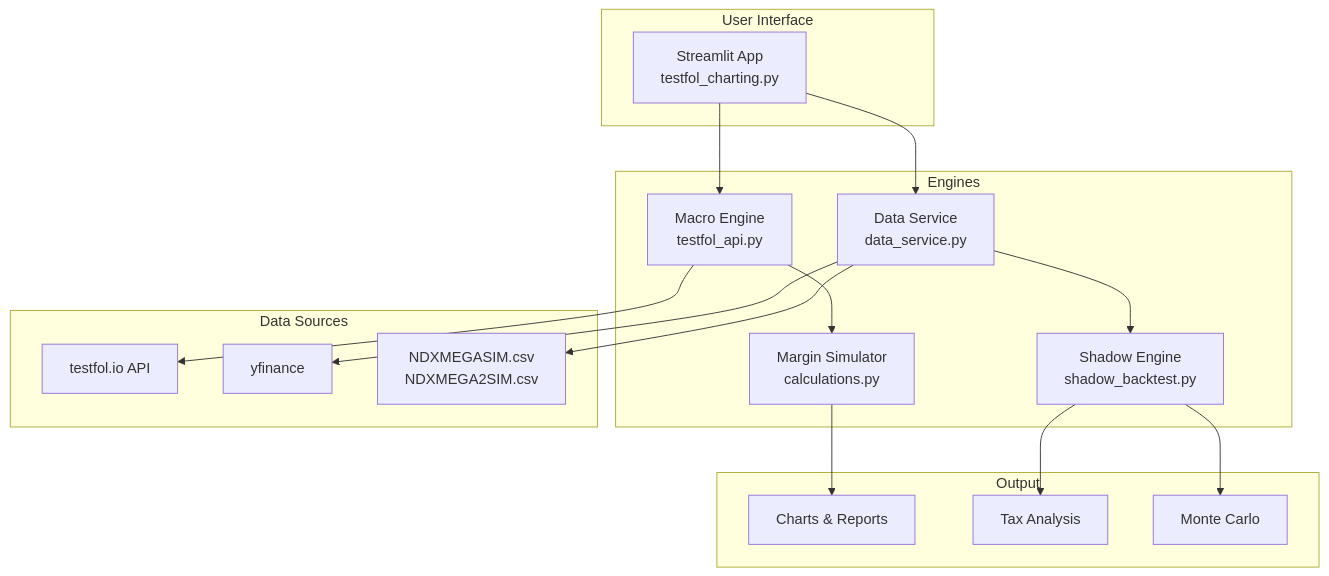
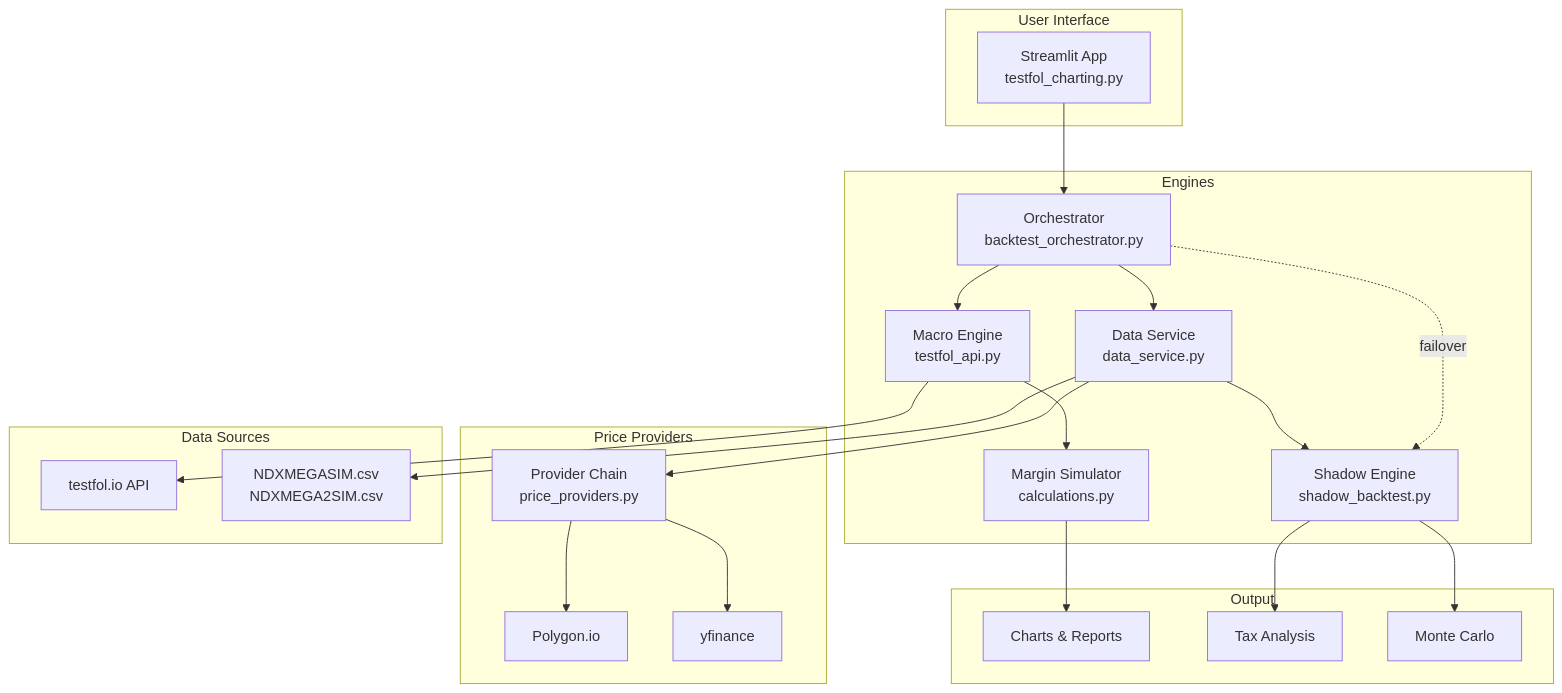
The diagram in README.md (Acelogic/Testfol-MarginStresser), drawn with Mermaid before and after one commit. The commit also changed other lines of this file and 18 other files, not shown here.

````diff
--- a/README.md
+++ b/README.md
@@ -34,34 +34,43 @@
 ```mermaid
 graph TB
     subgraph User Interface
         ST[Streamlit App<br>testfol_charting.py]
     end
 
     subgraph Engines
         ME[Macro Engine<br>testfol_api.py]
+        BO[Orchestrator<br>backtest_orchestrator.py]
         DS[Data Service<br>data_service.py]
         SE[Shadow Engine<br>shadow_backtest.py]
         MS[Margin Simulator<br>calculations.py]
     end
 
+    subgraph Price Providers
+        PP[Provider Chain<br>price_providers.py]
+        PG[Polygon.io]
+        YF[yfinance]
+    end
+
     subgraph Data Sources
         TF[testfol.io API]
-        YF[yfinance]
         CSV[NDXMEGASIM.csv<br>NDXMEGA2SIM.csv]
     end
 
     subgraph Output
         CH[Charts & Reports]
         TX[Tax Analysis]
         MC[Monte Carlo]
     end
 
-    ST --> ME --> TF
-    ST --> DS --> SE
-    DS --> YF
+    ST --> BO --> ME --> TF
+    BO --> DS --> SE
+    DS --> PP
+    PP --> PG
+    PP --> YF
     DS --> CSV
     SE --> TX
     ME --> MS
     MS --> CH
     SE --> MC
+    BO -.->|failover| SE
 ```
````
